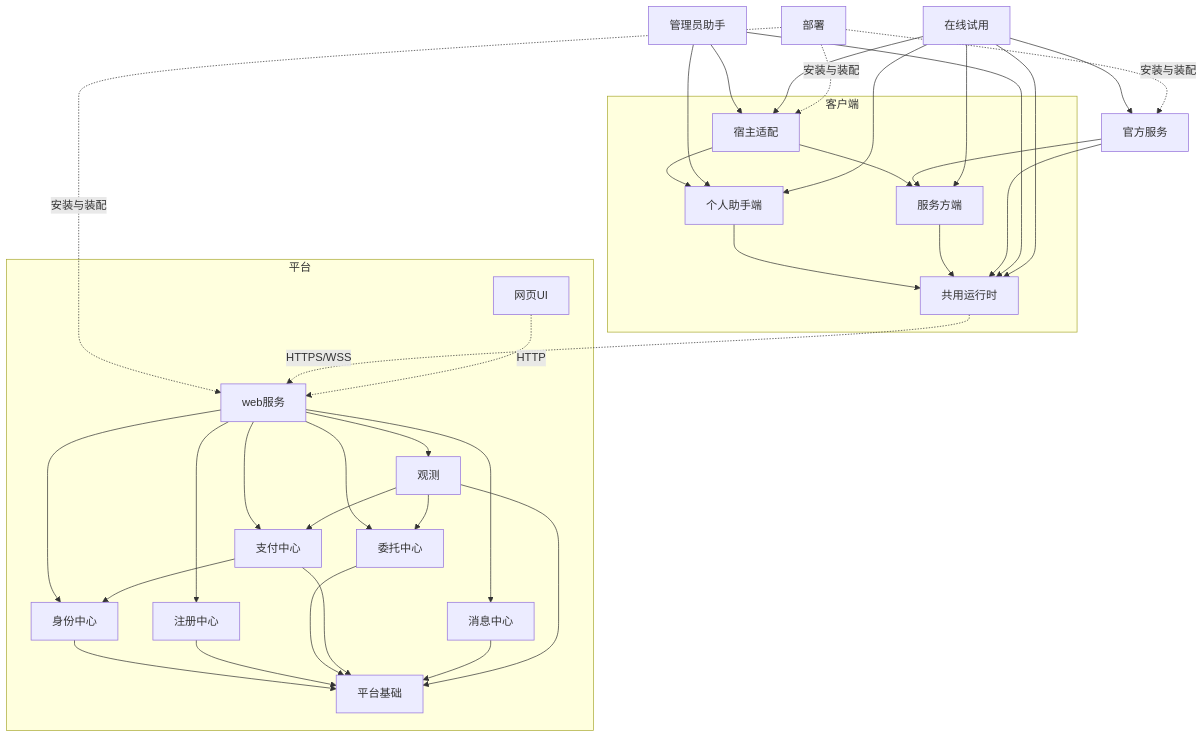
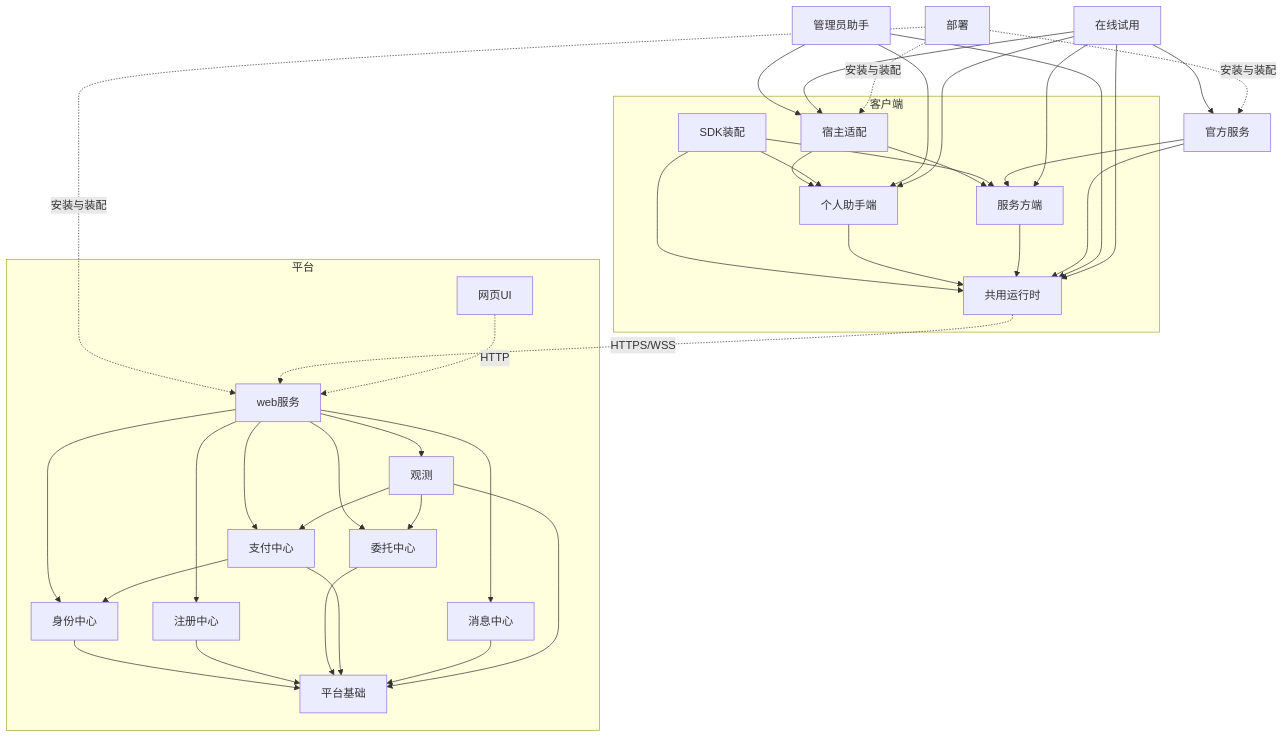
One commit to Weizheng96/Jiuwen-IoA-Lab changed the diagram in 设计/架构.md. Above: the diagram before and after it, drawn with Mermaid. The commit also changed other lines of this file and 26 other files, not shown here.

````diff
--- a/设计/架构.md
+++ b/设计/架构.md
@@ -48,20 +49,21 @@
 ```mermaid
 flowchart TB
     subgraph C[客户端]
         H[宿主适配] --> A[个人助手端] & P[服务方端]
+        SA[SDK装配] --> A & P & R
         A --> R[共用运行时]
         P --> R
     end
     O[官方服务] --> P & R
     M[管理员助手] --> A & H & R
     T[在线试用] --> O & H & A & P & R
     Dep[部署] -. 安装与装配 .-> H & O & W
     R -. HTTPS/WSS .-> W
     subgraph S[平台]
         UI[网页UI] -. HTTP .-> W[web服务]
         W --> I[身份中心] & G[注册中心] & D[委托中心] & Pay[支付中心] & Msg[消息中心] & V[观测]
         V --> D & Pay
         Pay --> I
         I & G & D & Pay & Msg & V --> B[平台基础]
     end
 ```
````
